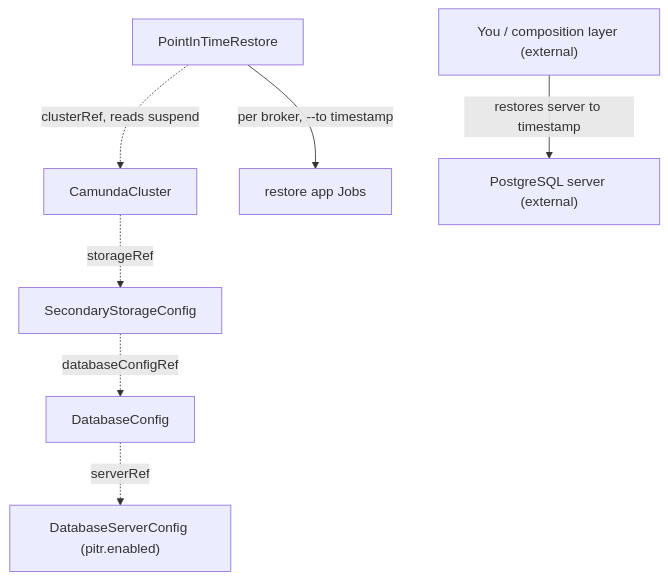
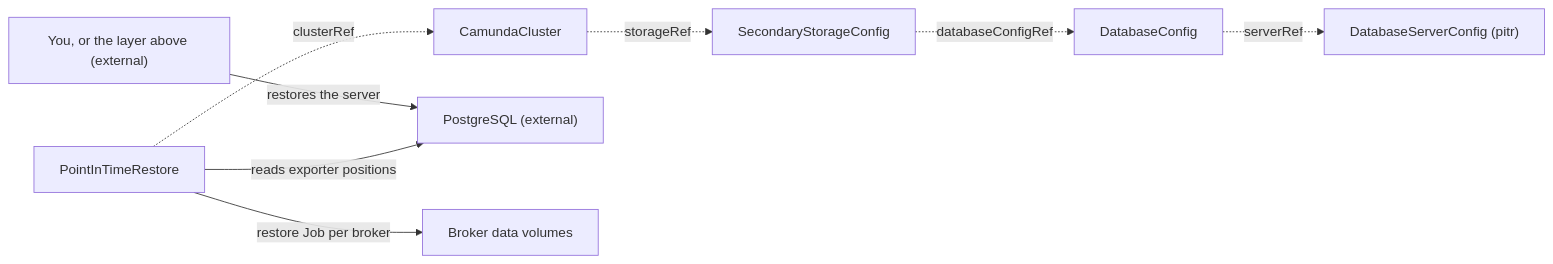
One commit to konsole-is/camunda-operator changed the diagram in docs/crds/pointintimerestore.md. Above: the diagram before and after it, drawn with Mermaid. The commit also changed other lines of this file and 14 other files, not shown here.

````diff
--- a/docs/crds/pointintimerestore.md
+++ b/docs/crds/pointintimerestore.md
@@ -34,9 +33,10 @@
 ```mermaid
-graph TD
-    PITR[PointInTimeRestore] -.->|clusterRef, reads suspend| CC[CamundaCluster]
+graph LR
+    PITR[PointInTimeRestore] -.->|clusterRef| CC[CamundaCluster]
     CC -.->|storageRef| SSC[SecondaryStorageConfig]
     SSC -.->|databaseConfigRef| DBC[DatabaseConfig]
-    DBC -.->|serverRef| DBS["DatabaseServerConfig (pitr.enabled)"]
-    EXT["You / composition layer (external)"] -->|"restores server to timestamp"| PG["PostgreSQL server (external)"]
-    PITR -->|per broker, --to timestamp| RJ[restore app Jobs]
+    DBC -.->|serverRef| DBS["DatabaseServerConfig (pitr)"]
+    EXT["You, or the layer above (external)"] -->|restores the server| PG["PostgreSQL (external)"]
+    PITR -->|reads exporter positions| PG
+    PITR -->|restore Job per broker| PVC[Broker data volumes]
 ```
````
